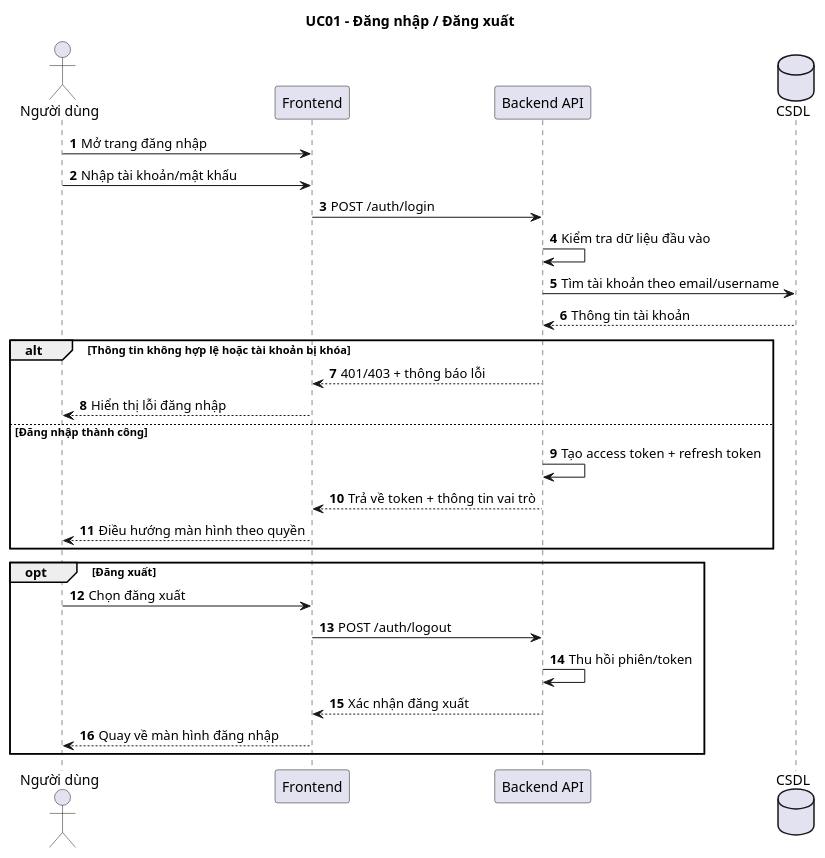
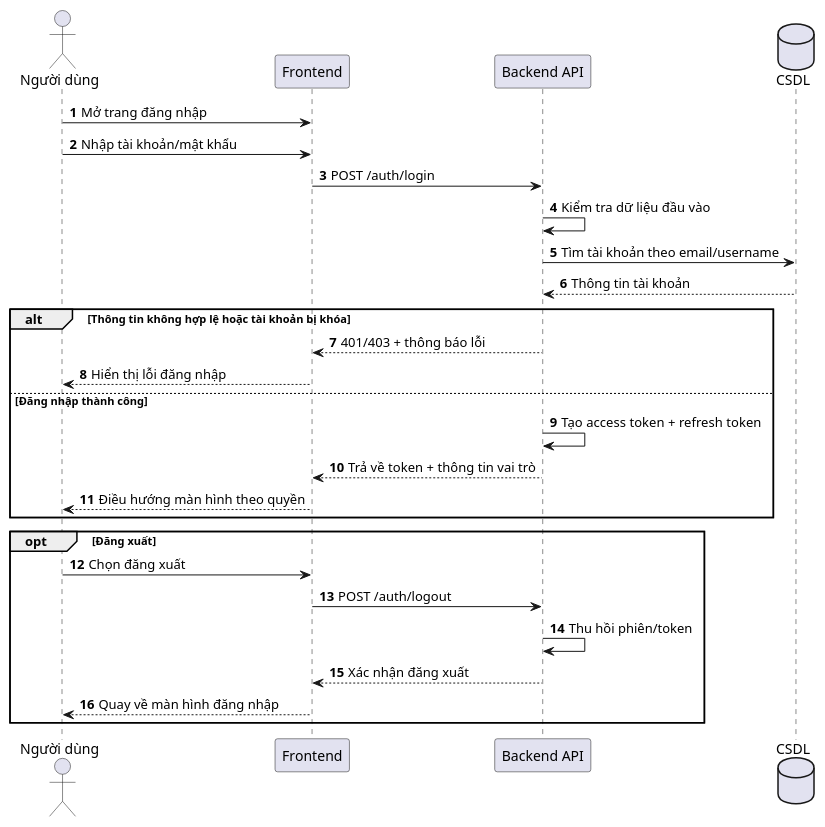
Before and after one commit to Dinhpham04/DA-KLTN_HOTEL_MANAGEMENT: the diagram in docs/sequence_diagram/uc01-login-logout-sequence.puml, drawn with PlantUML. The commit also changed 92 other files, not shown here.

```diff
--- a/docs/sequence_diagram/uc01-login-logout-sequence.puml
+++ b/docs/sequence_diagram/uc01-login-logout-sequence.puml
@@ -1,34 +1,33 @@
 @startuml uc01_login_logout_sequence
-title UC01 - Đăng nhập / Đăng xuất
 autonumber
 
 actor "Người dùng" as User
 participant "Frontend" as FE
 participant "Backend API" as BE
 database "CSDL" as DB
 
 User -> FE: Mở trang đăng nhập
 User -> FE: Nhập tài khoản/mật khẩu
 FE -> BE: POST /auth/login
 BE -> BE: Kiểm tra dữ liệu đầu vào
 BE -> DB: Tìm tài khoản theo email/username
 DB --> BE: Thông tin tài khoản
 
 alt Thông tin không hợp lệ hoặc tài khoản bị khóa
   BE --> FE: 401/403 + thông báo lỗi
   FE --> User: Hiển thị lỗi đăng nhập
 else Đăng nhập thành công
   BE -> BE: Tạo access token + refresh token
   BE --> FE: Trả về token + thông tin vai trò
   FE --> User: Điều hướng màn hình theo quyền
 end
 
 opt Đăng xuất
   User -> FE: Chọn đăng xuất
   FE -> BE: POST /auth/logout
   BE -> BE: Thu hồi phiên/token
   BE --> FE: Xác nhận đăng xuất
   FE --> User: Quay về màn hình đăng nhập
 end
 
 @enduml
```
